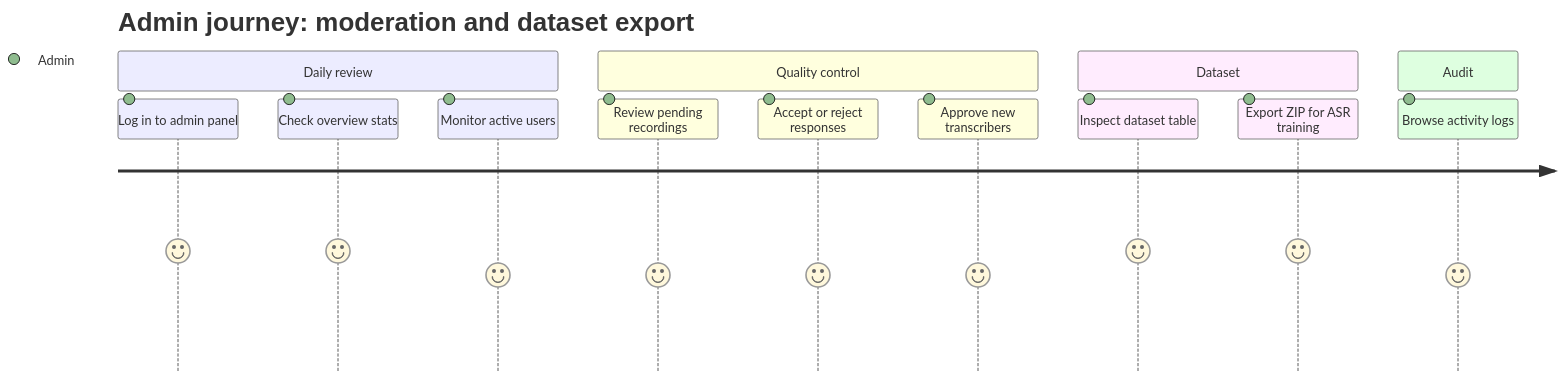
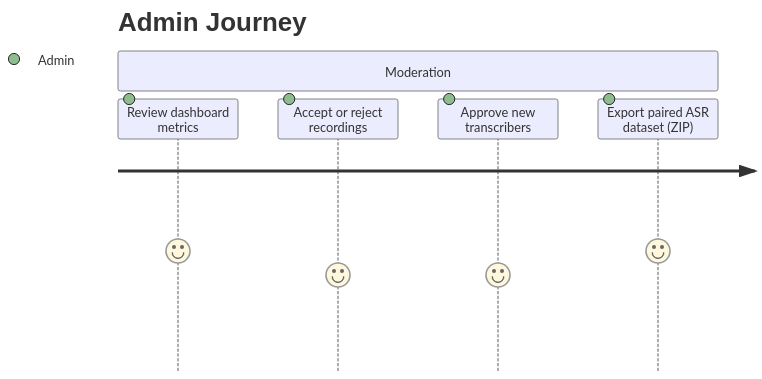
The seventh of 7 diagrams in README.md (DeKUT-DSAIL/JasinaHub), drawn with Mermaid before and after one commit. The commit also changed other lines of this file and 2 other files, not shown here.

````diff
--- a/README.md
+++ b/README.md
@@ -364,17 +350,9 @@
 ```mermaid
 journey
-  title Admin journey: moderation and dataset export
-  section Daily review
-    Log in to admin panel: 5: Admin
-    Check overview stats: 5: Admin
-    Monitor active users: 4: Admin
-  section Quality control
-    Review pending recordings: 4: Admin
-    Accept or reject responses: 4: Admin
+  title Admin Journey
+  section Moderation
+    Review dashboard metrics: 5: Admin
+    Accept or reject recordings: 4: Admin
     Approve new transcribers: 4: Admin
-  section Dataset
-    Inspect dataset table: 5: Admin
-    Export ZIP for ASR training: 5: Admin
-  section Audit
-    Browse activity logs: 4: Admin
+    Export paired ASR dataset (ZIP): 5: Admin
 ```
````
